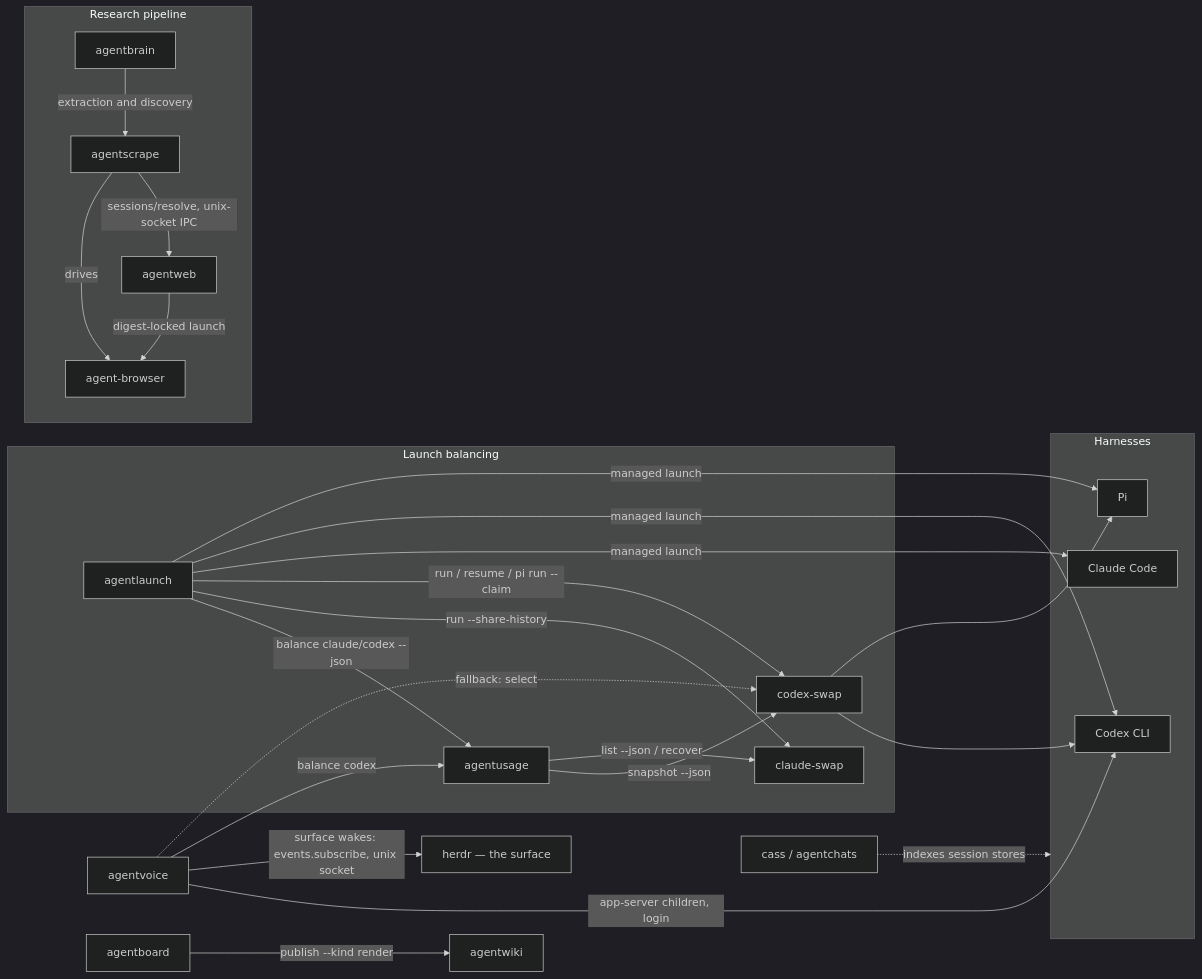
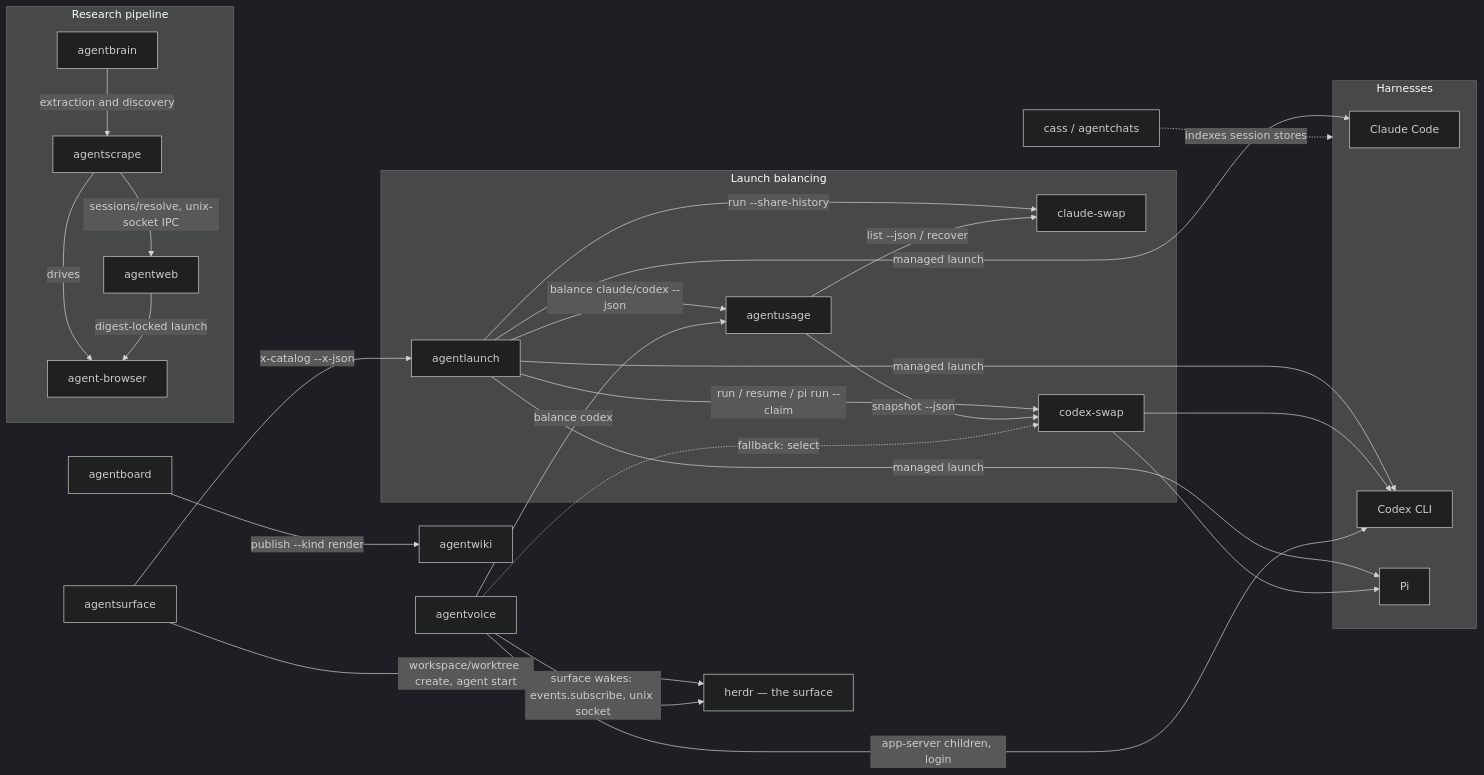
One commit to possibilities/agentdots changed the first of 3 diagrams in skills/fleet/MAP.md. Above: the diagram before and after it, drawn with Mermaid (dark theme). The commit also changed other lines of this file, not shown here.

First line of the commit message:
Map the AgentSurface launch integration

````diff
--- a/skills/fleet/MAP.md
+++ b/skills/fleet/MAP.md
@@ -18,49 +18,52 @@
 ```mermaid
 flowchart LR
     subgraph harnesses [Harnesses]
         claude[Claude Code]
         codex[Codex CLI]
         pi[Pi]
     end
 
     subgraph balancing [Launch balancing]
         launch[agentlaunch]
         usage[agentusage]
         claudeSwap[claude-swap]
         swap[codex-swap]
     end
 
     subgraph research [Research pipeline]
         brain[agentbrain]
         scrape[agentscrape]
         web[agentweb]
         browser[agent-browser]
     end
 
     voice[agentvoice]
     board[agentboard]
     wiki[agentwiki]
     chats[cass / agentchats]
     herdr[herdr — the surface]
+    surface[agentsurface]
 
+    surface -->|x-catalog --x-json| launch
+    surface -->|workspace/worktree create, agent start| herdr
     launch -->|balance claude/codex --json| usage
     launch -->|run --share-history| claudeSwap
     launch -->|run / resume / pi run --claim| swap
     launch -->|managed launch| claude
     launch -->|managed launch| codex
     launch -->|managed launch| pi
     swap --> codex
     swap --> pi
     usage -->|snapshot --json| swap
     usage -->|list --json / recover| claudeSwap
     voice -->|app-server children, login| codex
     voice -->|balance codex| usage
     voice -.->|fallback: select| swap
     voice -->|surface wakes: events.subscribe, unix socket| herdr
     brain -->|extraction and discovery| scrape
     scrape -->|drives| browser
     scrape -->|sessions/resolve, unix-socket IPC| web
     web -->|digest-locked launch| browser
     board -->|publish --kind render| wiki
     chats -.->|indexes session stores| harnesses
 ```
````
